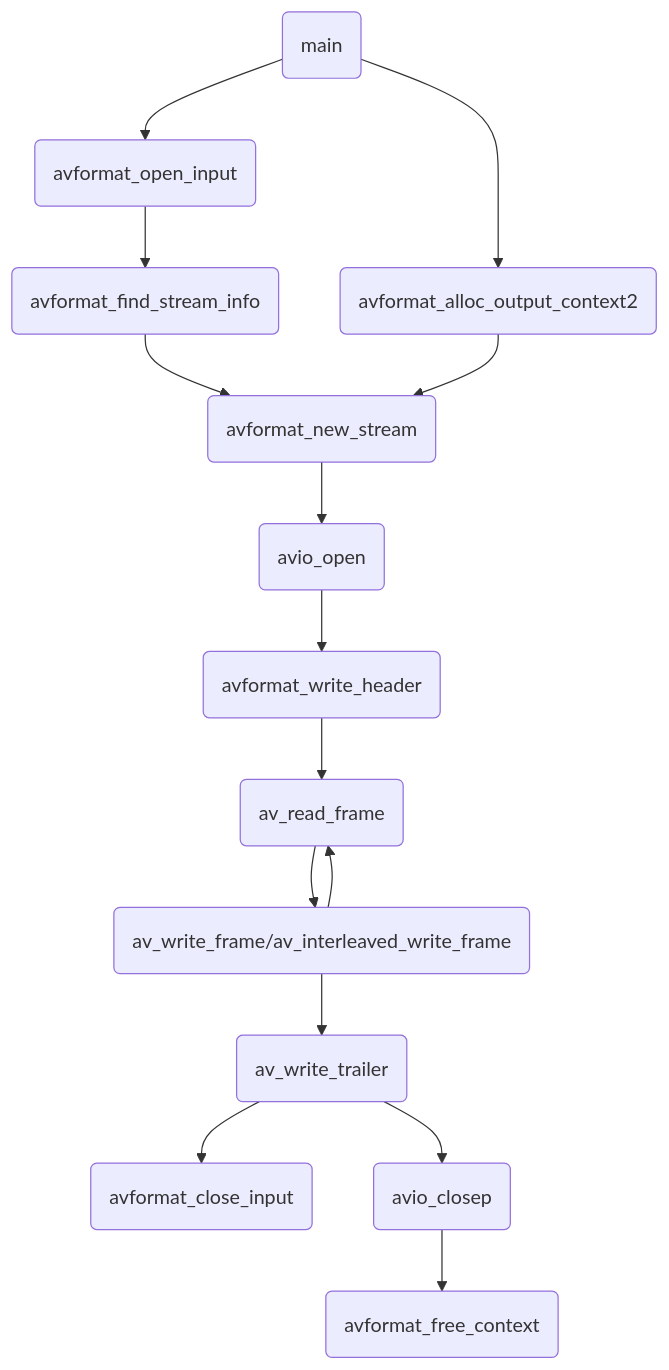
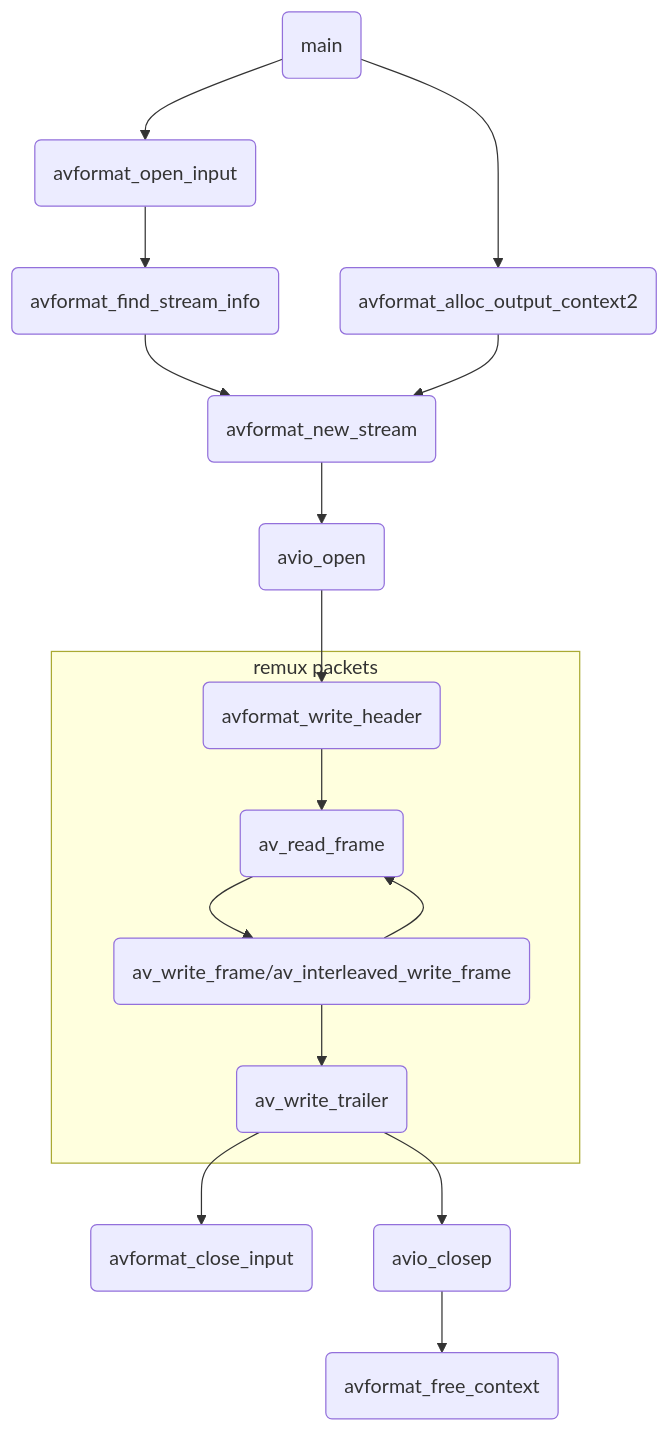
The first of 3 diagrams in ffmepg/ffmpeg_format.md (xueqing/MyNote), drawn with Mermaid before and after one commit.

````diff
--- a/ffmepg/ffmpeg_format.md
+++ b/ffmepg/ffmpeg_format.md
@@ -89,21 +89,22 @@
 ```mermaid
 graph TD
     A(main) --> A1(avformat_open_input)
+    A1 --> B1(avformat_find_stream_info)
+
     A(main) --> A2(avformat_alloc_output_context2)
-
-    A1 --> B1(avformat_find_stream_info)
     B1 --> B2(avformat_new_stream)
     B2 --> C2(avio_open)
     C2 --> D2(avformat_write_header)
     A2 --> B2
-    
+
+subgraph "remux packets"  
     D2 --> C1(av_read_frame)
     C1 --> E2(av_write_frame/av_interleaved_write_frame)
     E2 -->C1
-
     E2 --> F2(av_write_trailer)
+end
 
     F2 --> D1(avformat_close_input)
     F2 --> G2(avio_closep)
     G2 --> H2(avformat_free_context)
 ```
````
